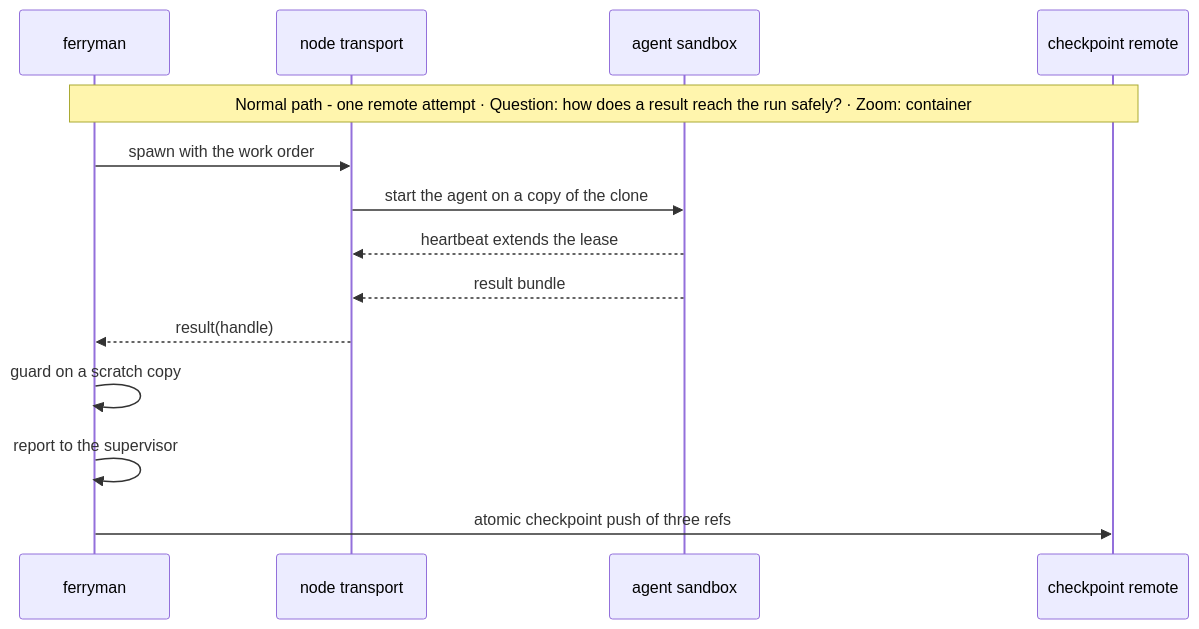
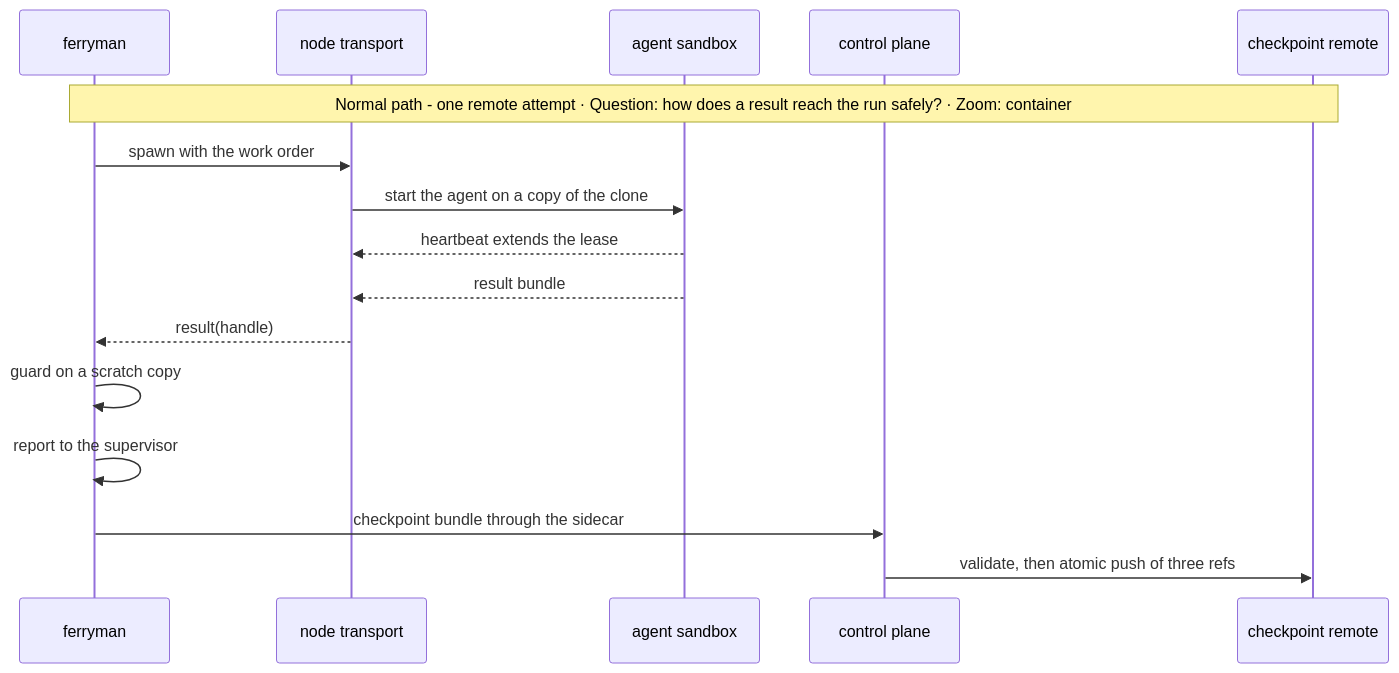
One commit to eugenelim/agent-ready-repo changed the second of 3 diagrams in docs/architecture/unattended-delivery-runner/11-remote-agent-pool-seams.md. Above: the diagram before and after it, drawn with Mermaid. The commit also changed other lines of this file and 10 other files, not shown here.

First line of the commit message:
docs(architecture): the control plane writes pool checkpoints

````diff
--- a/docs/architecture/unattended-delivery-runner/11-remote-agent-pool-seams.md
+++ b/docs/architecture/unattended-delivery-runner/11-remote-agent-pool-seams.md
@@ -145,16 +145,18 @@
 ```mermaid
 sequenceDiagram
     participant F as ferryman
     participant N as node transport
     participant A as agent sandbox
+    participant C as control plane
     participant R as checkpoint remote
     Note over F,R: Normal path - one remote attempt · Question: how does a result reach the run safely? · Zoom: container
     F->>N: spawn with the work order
     N->>A: start the agent on a copy of the clone
     A-->>N: heartbeat extends the lease
     A-->>N: result bundle
     N-->>F: result(handle)
     F->>F: guard on a scratch copy
     F->>F: report to the supervisor
-    F->>R: atomic checkpoint push of three refs
+    F->>C: checkpoint bundle through the sidecar
+    C->>R: validate, then atomic push of three refs
 ```
````
